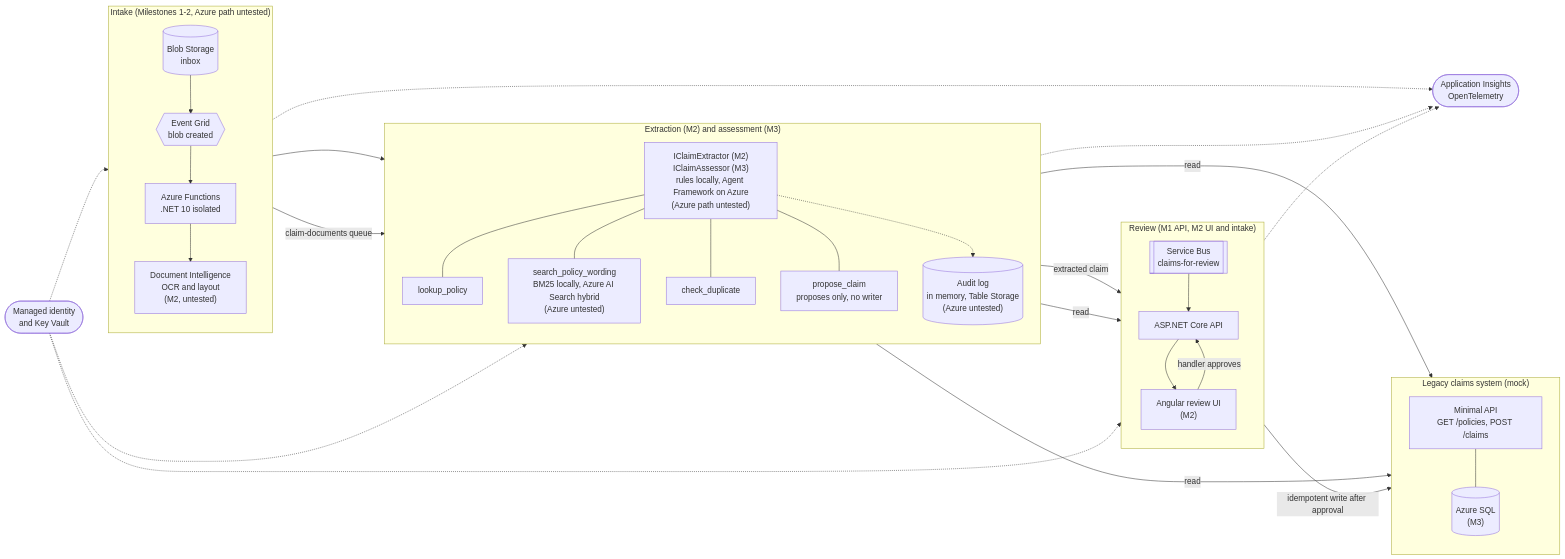
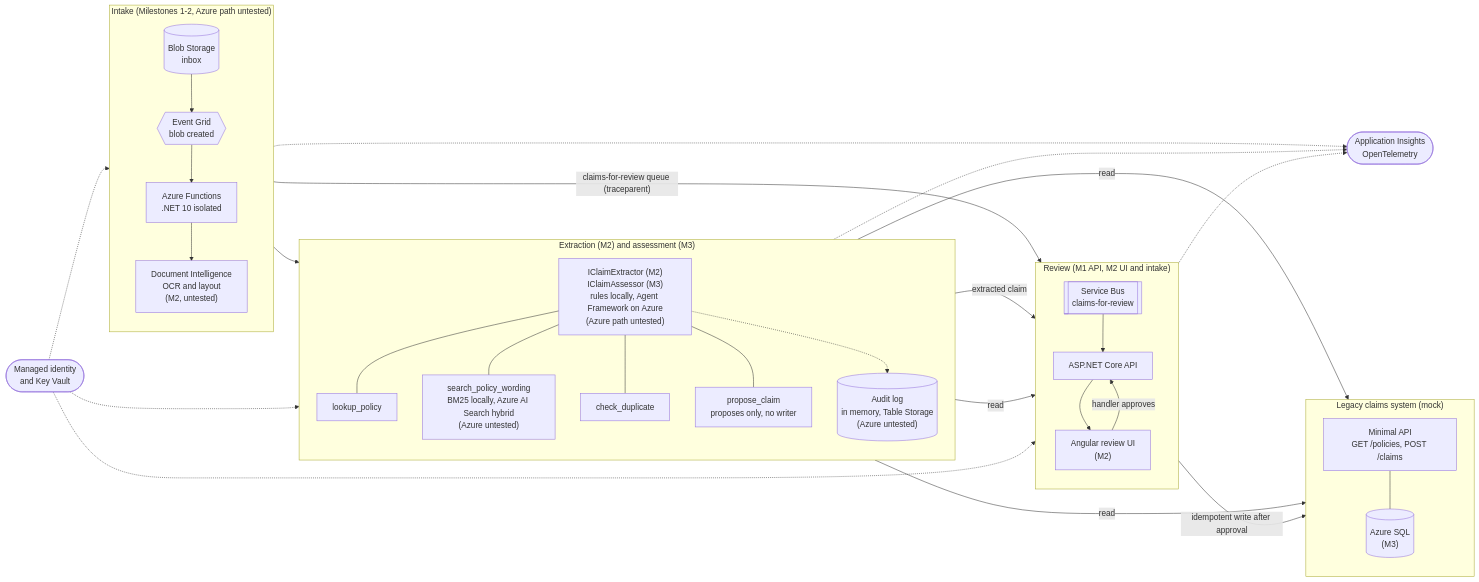
The diagram in docs/architecture.md (VarrunSS/claims-intake-accelerator), drawn with Mermaid before and after one commit. The commit also changed other lines of this file and 98 other files, not shown here.

````diff
--- a/docs/architecture.md
+++ b/docs/architecture.md
@@ -17,59 +17,59 @@
 ```mermaid
 flowchart LR
     subgraph Intake["Intake (Milestones 1-2, Azure path untested)"]
         direction TB
         Inbox[("Blob Storage<br/>inbox")]
         EG{{"Event Grid<br/>blob created"}}
         Fn["Azure Functions<br/>.NET 10 isolated"]
         DI["Document Intelligence<br/>OCR and layout<br/>(M2, untested)"]
         Inbox --> EG --> Fn --> DI
     end
 
     subgraph Agent["Extraction (M2) and assessment (M3)"]
         direction TB
         AG["IClaimExtractor (M2)<br/>IClaimAssessor (M3)<br/>rules locally, Agent Framework on Azure<br/>(Azure path untested)"]
         T1["lookup_policy"]
         T2["search_policy_wording<br/>BM25 locally, Azure AI Search hybrid<br/>(Azure untested)"]
         T3["check_duplicate"]
         T4["propose_claim<br/>proposes only, no writer"]
         AUD[("Audit log<br/>in memory, Table Storage<br/>(Azure untested)")]
         AG --- T1
         AG --- T2
         AG --- T3
         AG --- T4
         AG -.-> AUD
     end
 
     subgraph Review["Review (M1 API, M2 UI and intake)"]
         direction TB
         SB1[["Service Bus<br/>claims-for-review"]]
         API["ASP.NET Core API"]
         UI["Angular review UI<br/>(M2)"]
         SB1 --> API --> UI
     end
 
     subgraph Legacy["Legacy claims system (mock)"]
         direction TB
         LAPI["Minimal API<br/>GET /policies, POST /claims"]
         SQL[("Azure SQL<br/>(M3)")]
         LAPI --- SQL
     end
 
-    Fn -- "claim-documents queue" --> AG
+    Fn -- "claims-for-review queue (traceparent)" --> API
     DI --> AG
     T1 -- read --> LAPI
     T3 -- read --> LAPI
     T3 -- read --> API
     AG -- "extracted claim" --> SB1
     UI -- "handler approves" --> API
     API -- "idempotent write after approval" --> LAPI
 
     MI(["Managed identity<br/>and Key Vault"])
     OBS(["Application Insights<br/>OpenTelemetry"])
     MI -.-> Fn
     MI -.-> API
     MI -.-> AG
     Fn -.-> OBS
     API -.-> OBS
     AG -.-> OBS
 ```
````
